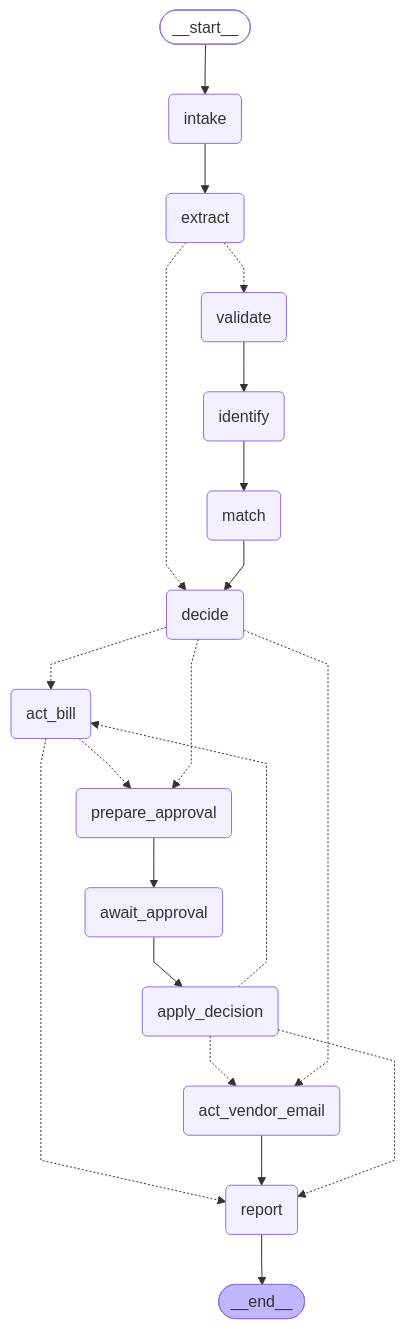
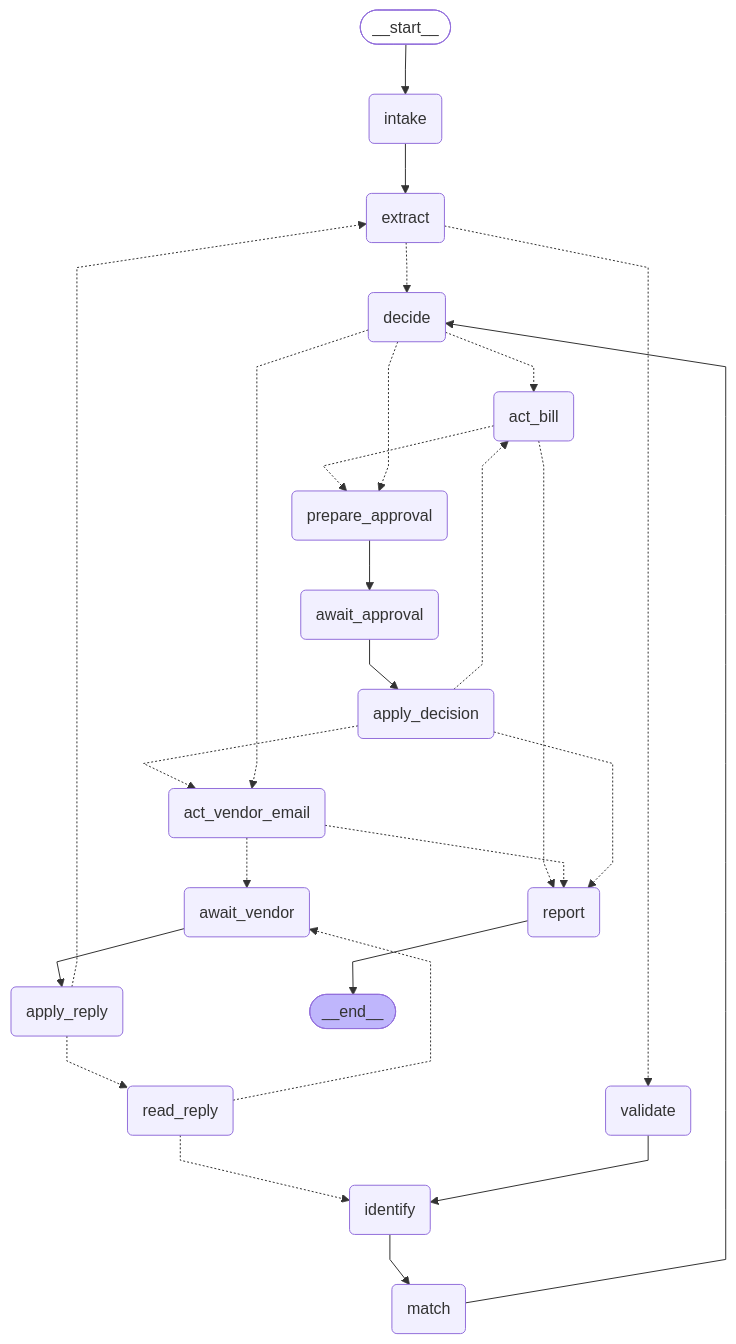
The diagram in docs/diagram-graph.md (Semut-Koding/faktur-beres), drawn with Mermaid before and after one commit. The commit also changed 5 other files, not shown here.

Commit message:
M4b.3 graph: await_vendor, apply_reply, read_reply, nomor putaran di kunci BR-22

````diff
--- a/docs/diagram-graph.md
+++ b/docs/diagram-graph.md
@@ -5,44 +5,53 @@
 ```mermaid
 ---
 config:
   flowchart:
     curve: linear
 ---
 graph TD;
 	__start__([<p>__start__</p>]):::first
 	intake(intake)
 	extract(extract)
 	validate(validate)
 	identify(identify)
 	match(match)
 	decide(decide)
 	act_bill(act_bill)
 	act_vendor_email(act_vendor_email)
 	prepare_approval(prepare_approval)
 	apply_decision(apply_decision)
+	apply_reply(apply_reply)
+	read_reply(read_reply)
 	report(report)
 	await_approval(await_approval)
+	await_vendor(await_vendor)
 	__end__([<p>__end__</p>]):::last
 	__start__ --> intake;
 	act_bill -.-> prepare_approval;
 	act_bill -.-> report;
-	act_vendor_email --> report;
+	act_vendor_email -.-> await_vendor;
+	act_vendor_email -.-> report;
 	apply_decision -.-> act_bill;
 	apply_decision -.-> act_vendor_email;
 	apply_decision -.-> report;
+	apply_reply -.-> extract;
+	apply_reply -.-> read_reply;
 	await_approval --> apply_decision;
+	await_vendor --> apply_reply;
 	decide -.-> act_bill;
 	decide -.-> act_vendor_email;
 	decide -.-> prepare_approval;
 	extract -.-> decide;
 	extract -.-> validate;
 	identify --> match;
 	intake --> extract;
 	match --> decide;
 	prepare_approval --> await_approval;
+	read_reply -.-> await_vendor;
+	read_reply -.-> identify;
 	validate --> identify;
 	report --> __end__;
 	classDef default fill:#f2f0ff,line-height:1.2
 	classDef first fill-opacity:0
 	classDef last fill:#bfb6fc
 ```
````
